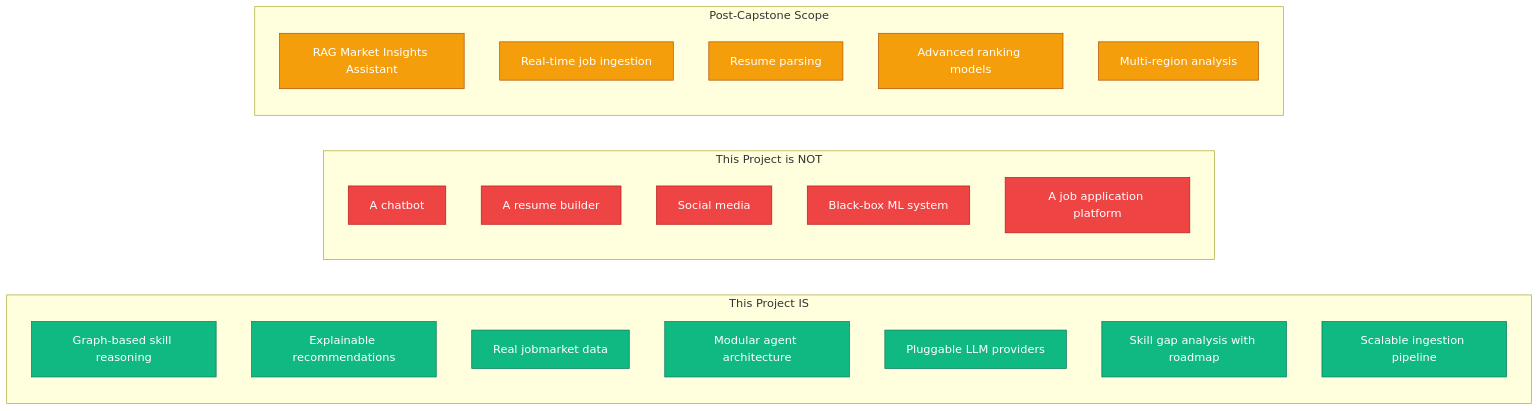
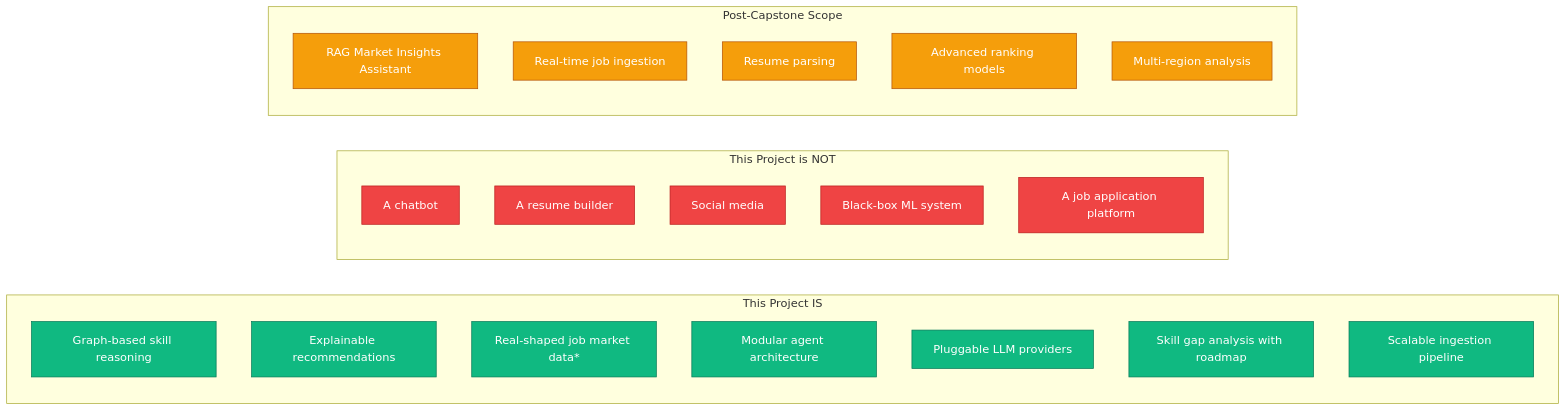
Before and after one commit to hshanto707/career-graph: the first of 26 diagrams in docs/system-design.md, drawn with Mermaid. The commit also changed other lines of this file and 20 other files, not shown here.

````diff
--- a/docs/system-design.md
+++ b/docs/system-design.md
@@ -76,32 +76,32 @@
 ```mermaid
 graph LR
     classDef yes  fill:#10B981,stroke:#047857,color:#fff
     classDef no   fill:#EF4444,stroke:#B91C1C,color:#fff
     classDef post fill:#F59E0B,stroke:#B45309,color:#fff
 
     subgraph IS["This Project IS"]
         Y1[Graph-based skill reasoning]:::yes
         Y2[Explainable recommendations]:::yes
-        Y3[Real jobmarket data]:::yes
+        Y3[Real-shaped job market data*]:::yes
         Y4[Modular agent architecture]:::yes
         Y5[Pluggable LLM providers]:::yes
         Y6[Skill gap analysis with roadmap]:::yes
         Y7[Scalable ingestion pipeline]:::yes
     end
 
     subgraph ISNOT["This Project is NOT"]
         N1[A chatbot]:::no
         N2[A resume builder]:::no
         N3[Social media]:::no
         N4[Black-box ML system]:::no
         N5[A job application platform]:::no
     end
 
     subgraph FUTURE["Post-Capstone Scope"]
         P1[RAG Market Insights Assistant]:::post
         P2[Real-time job ingestion]:::post
         P3[Resume parsing]:::post
         P4[Advanced ranking models]:::post
         P5[Multi-region analysis]:::post
     end
 ```
````
